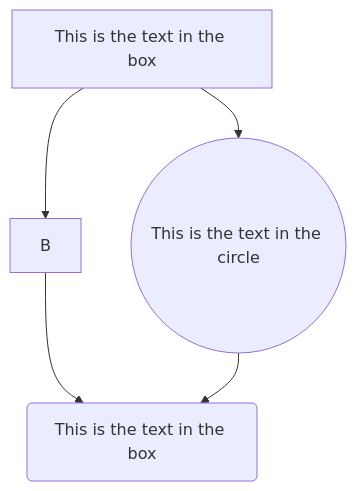
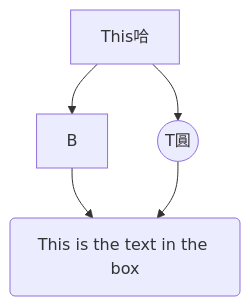
Before and after one commit to hfyeh/taiji: the second of 2 diagrams in chap04/README.md, drawn with Mermaid.

````diff
--- a/chap04/README.md
+++ b/chap04/README.md
@@ -38,7 +38,7 @@
 ``` mermaid
 graph TD;
-    A[This is the text in the box]-->B;
-    A-->C((This is the text in the circle));
+    A[This哈]-->B;
+    A-->C((T圓));
     B-->D;
     C-->D(This is the text in the box);
 ```
````
